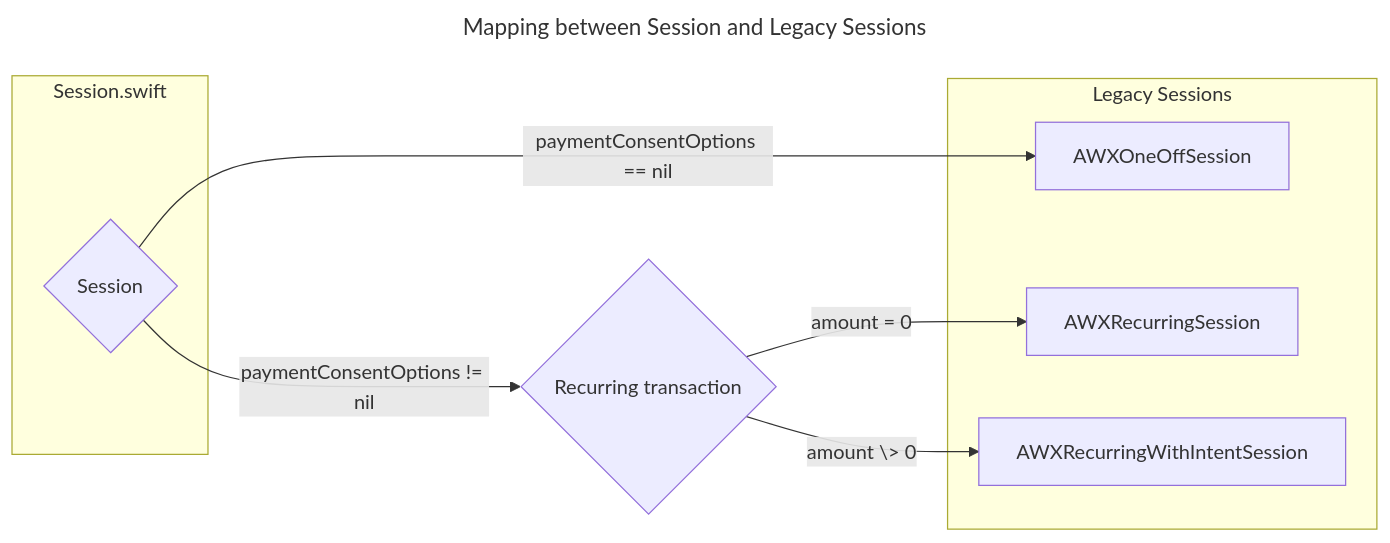
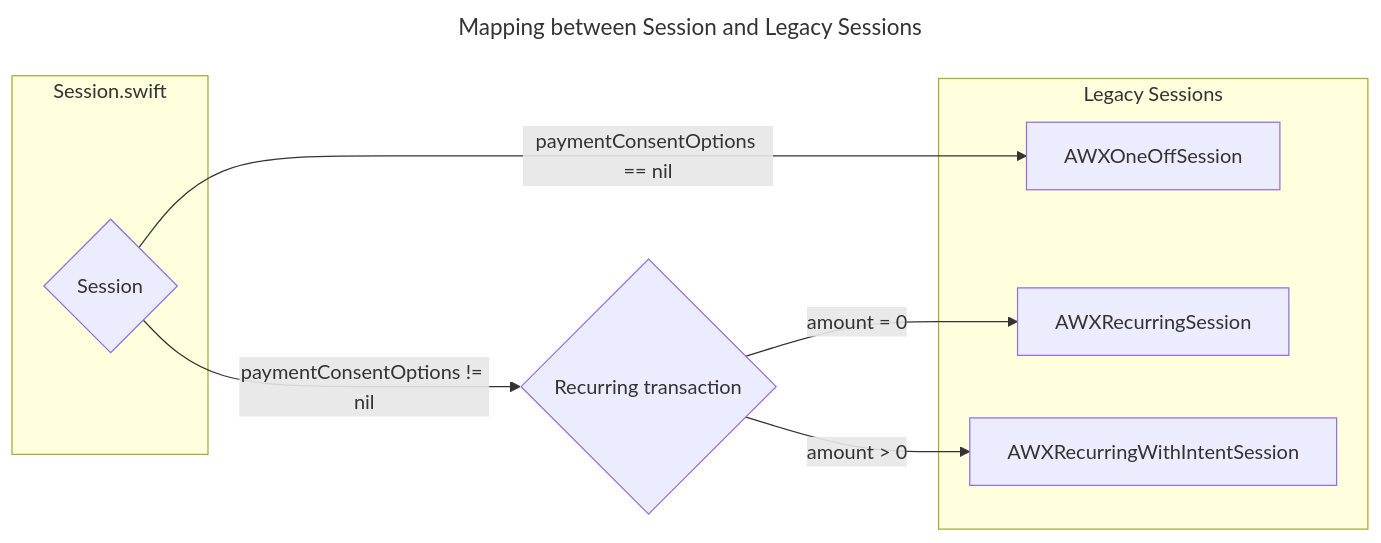
Before and after one commit to airwallex/airwallex-payment-ios: the diagram in README.md, drawn with Mermaid.

Commit message:
doc: fix typo of condition in README.md

````diff
--- a/README.md
+++ b/README.md
@@ -260,25 +260,25 @@
 ```mermaid
 ---
 title: Mapping between Session and Legacy Sessions
 ---
 flowchart LR
     A{Session}
     B1[AWXOneOffSession]
     B2{Recurring transaction}
     C1[AWXRecurringSession]
     C2[AWXRecurringWithIntentSession]
 
 subgraph Session.swift
     A
 end 
 
 A -- paymentConsentOptions == nil --> B1
 A -- paymentConsentOptions != nil --> B2
 
 subgraph Legacy Sessions
     B1;C1;C2
 end
 
 B2 -- amount = 0 --> C1
-B2 -- amount \> 0 --> C2
+B2 -- amount > 0 --> C2
 ```
````
